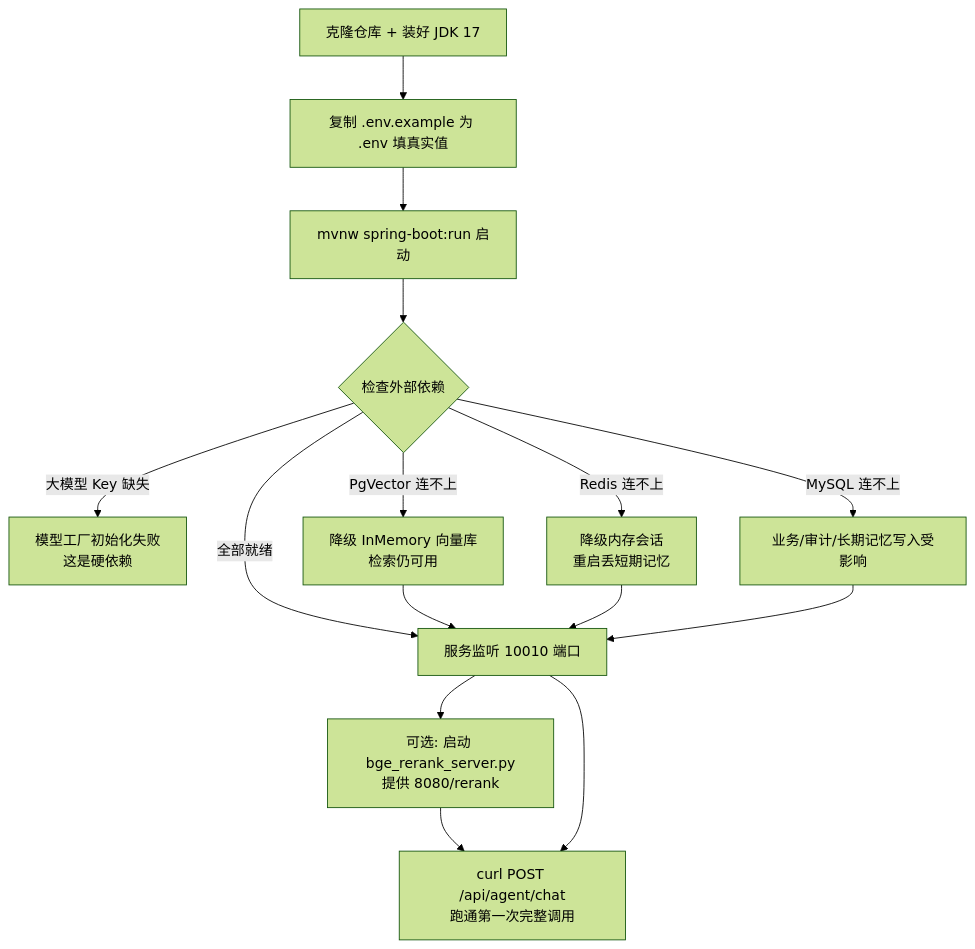
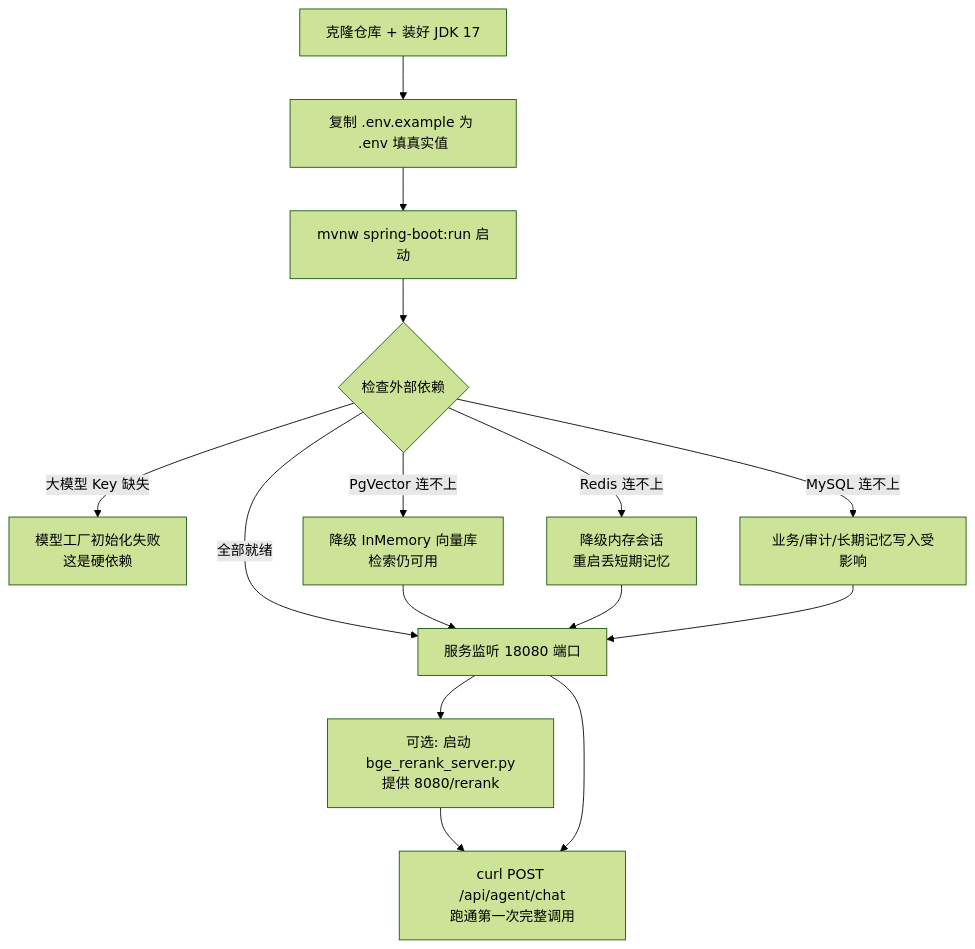
One commit to Hanwen-Jiang/lingxi changed the diagram in agent/docs/10-run-and-api-reference.md. Above: the diagram before and after it, drawn with Mermaid (forest theme). The commit also changed other lines of this file and 23 other files, not shown here.

````diff
--- a/agent/docs/10-run-and-api-reference.md
+++ b/agent/docs/10-run-and-api-reference.md
@@ -42,17 +42,17 @@
 ```mermaid
 flowchart TD
     A["克隆仓库 + 装好 JDK 17"] --> B["复制 .env.example 为 .env 填真实值"]
     B --> C["mvnw spring-boot:run 启动"]
     C --> D{"检查外部依赖"}
     D -->|"大模型 Key 缺失"| E["模型工厂初始化失败<br/>这是硬依赖"]
     D -->|"PgVector 连不上"| F["降级 InMemory 向量库<br/>检索仍可用"]
     D -->|"Redis 连不上"| G["降级内存会话<br/>重启丢短期记忆"]
     D -->|"MySQL 连不上"| H["业务/审计/长期记忆写入受影响"]
-    D -->|"全部就绪"| I["服务监听 10010 端口"]
+    D -->|"全部就绪"| I["服务监听 18080 端口"]
     F --> I
     G --> I
     H --> I
     I --> J["可选: 启动 bge_rerank_server.py<br/>提供 8080/rerank"]
     J --> K["curl POST /api/agent/chat<br/>跑通第一次完整调用"]
     I --> K
 ```
````
